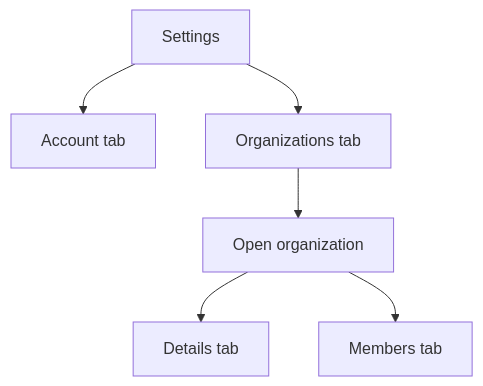
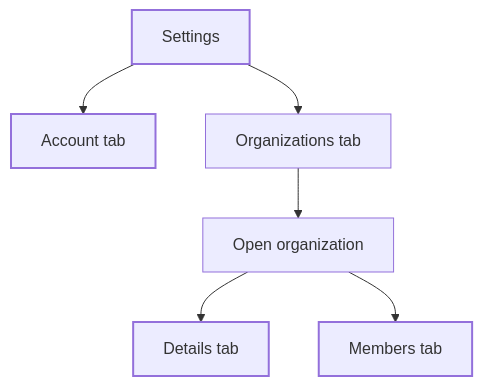
The diagram in passport/settings.mdx (blupryntco/docs), drawn with Mermaid before and after one commit. The commit also changed 54 other files, not shown here.

Commit message:
Diagrams in site palette with dark mode; Developers overview for SDK + both APIs

````diff
--- a/passport/settings.mdx
+++ b/passport/settings.mdx
@@ -19,8 +19,12 @@
 ```mermaid
 flowchart TD
   A[Settings] --> B[Account tab]
   A --> C[Organizations tab]
   C --> D[Open organization]
   D --> E[Details tab]
   D --> F[Members tab]
+classDef start stroke-width:2px
+classDef done stroke-width:2px
+class A start
+class B,E,F done
 ```
````
